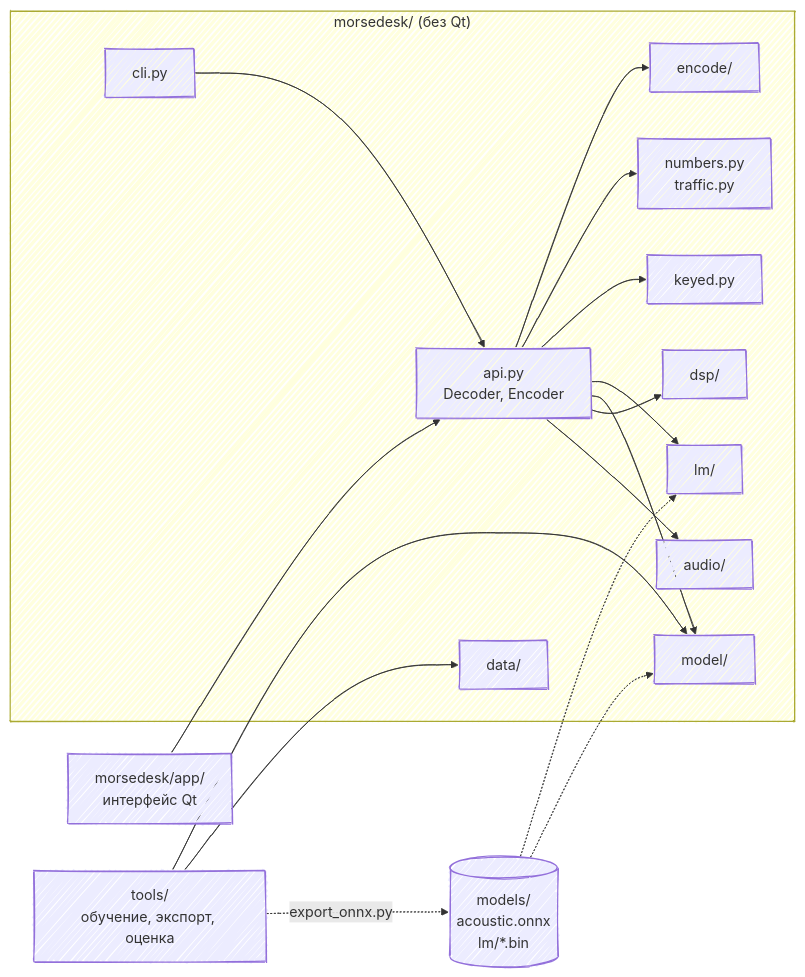
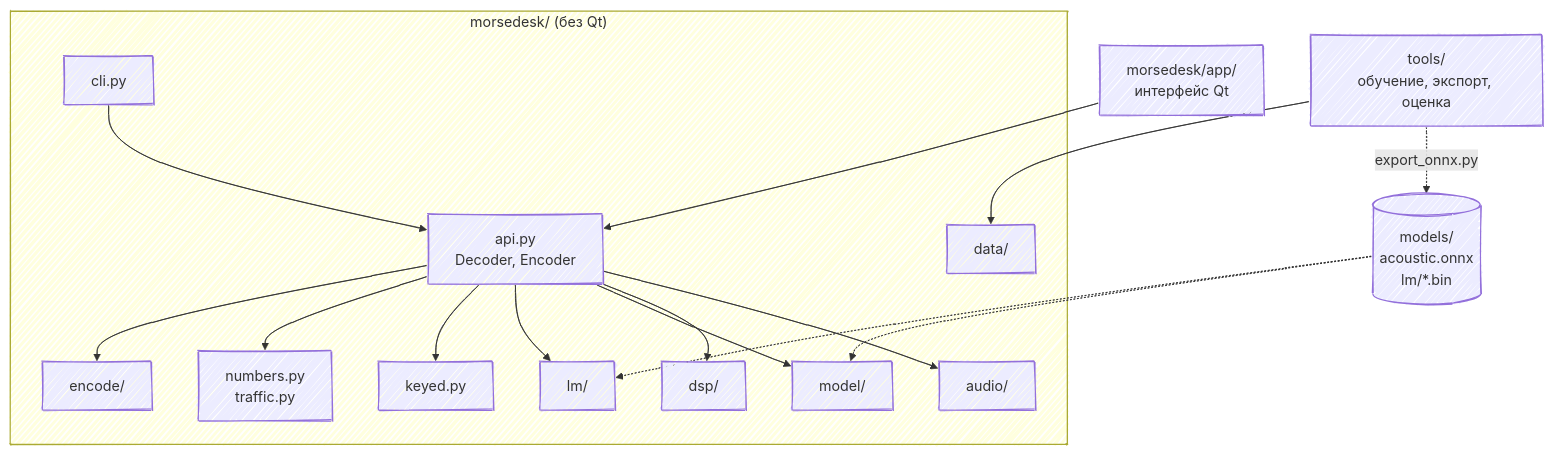
The diagram in README.ru.md (manh2303code/morsedesk), drawn with Mermaid before and after one commit. The commit also changed 2 other files, not shown here.

Commit message:
README: đồ thị phụ thuộc vẽ từ trên xuống (api.py tỏa xuống các module)
Bản trái sang phải đặt app/ và tools/ dưới đáy, mũi tên cắt chéo cả khung lõi.

Claude-Session: https://claude.ai/code/session_011pHgLd9ypHm91tS6n5mkvV

````diff
--- a/README.ru.md
+++ b/README.ru.md
@@ -57,24 +57,23 @@
 ```mermaid
 ---
 config:
   look: handDrawn
 ---
-flowchart LR
+flowchart TB
   app["morsedesk/app/<br/>интерфейс Qt"] --> api
   subgraph core["morsedesk/ (без Qt)"]
     cli["cli.py"] --> api["api.py<br/>Decoder, Encoder"]
     api --> audio["audio/"]
     api --> dsp["dsp/"]
     api --> model["model/"]
     api --> lm["lm/"]
     api --> keyed["keyed.py"]
     api --> traffic["numbers.py<br/>traffic.py"]
     api --> encode["encode/"]
     data["data/"]
   end
-  models[("models/<br/>acoustic.onnx<br/>lm/*.bin")] -.-> model
+  tools["tools/<br/>обучение, экспорт, оценка"] --> data
+  tools -.->|export_onnx.py| models[("models/<br/>acoustic.onnx<br/>lm/*.bin")]
+  models -.-> model
   models -.-> lm
-  tools["tools/<br/>обучение, экспорт, оценка"] --> data
-  tools --> model
-  tools -. "export_onnx.py" .-> models
 ```
````
